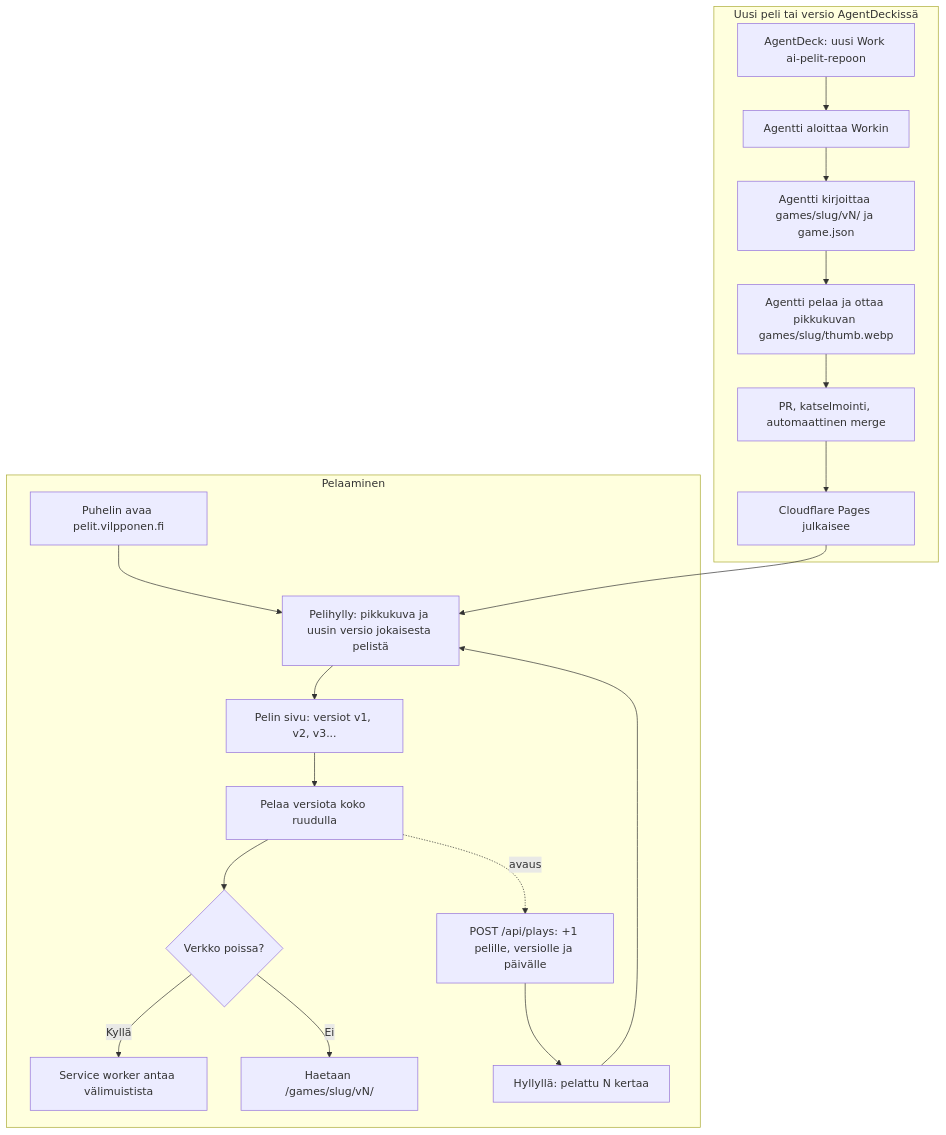
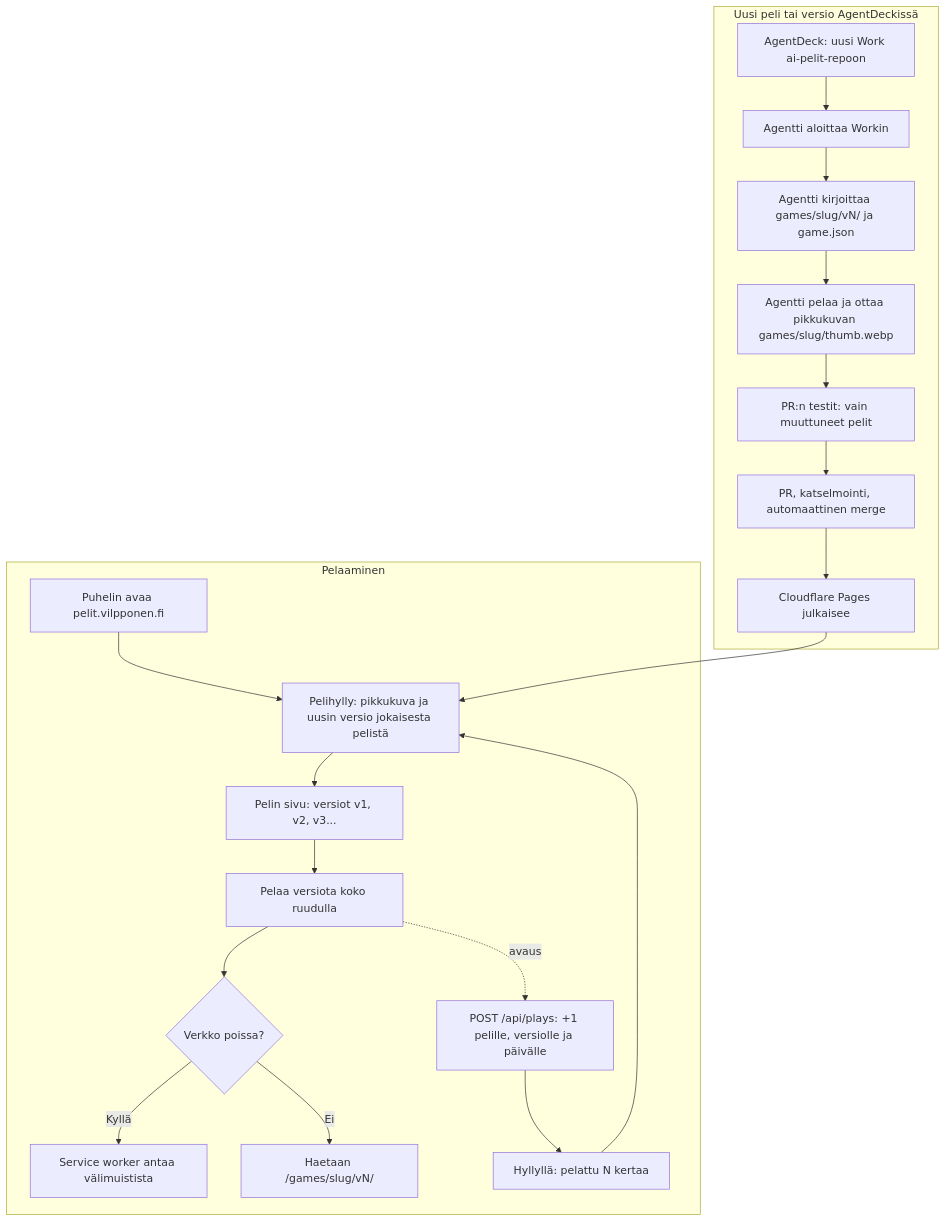
The diagram in docs/diagrams/ai-pelit.md (eerovil/ai-pelit), drawn with Mermaid before and after one commit. The commit also changed other lines of this file and 6 other files, not shown here.

````diff
--- a/docs/diagrams/ai-pelit.md
+++ b/docs/diagrams/ai-pelit.md
@@ -8,28 +8,30 @@
 ```mermaid
 flowchart TD
   subgraph Pelaaminen
     A[Puhelin avaa pelit.vilpponen.fi] --> B[Pelihylly: pikkukuva ja uusin versio jokaisesta pelistä]
     B --> C[Pelin sivu: versiot v1, v2, v3...]
     C --> D[Pelaa versiota koko ruudulla]
     D --> E{Verkko poissa?}
     E -- Kyllä --> F[Service worker antaa välimuistista]
     E -- Ei --> G[Haetaan /games/slug/vN/]
     D -. avaus .-> P[POST /api/plays: +1 pelille, versiolle ja päivälle]
     P --> Q[Hyllyllä: pelattu N kertaa]
     Q --> B
   end
   subgraph Uusi peli tai versio AgentDeckissä
     H[AgentDeck: uusi Work ai-pelit-repoon] --> L[Agentti aloittaa Workin]
     L --> M[Agentti kirjoittaa games/slug/vN/ ja game.json]
     M --> T[Agentti pelaa ja ottaa pikkukuvan games/slug/thumb.webp]
-    T --> N[PR, katselmointi, automaattinen merge]
+    T --> U[PR:n testit: vain muuttuneet pelit]
+    U --> N[PR, katselmointi, automaattinen merge]
     N --> O[Cloudflare Pages julkaisee]
     O --> B
   end
   class A,B,C,D,Q blue
   class E amber
   class F,G,P teal
   class H violet
   class L,M,T,N rose
+  class U amber
   class O green
 ```
````
